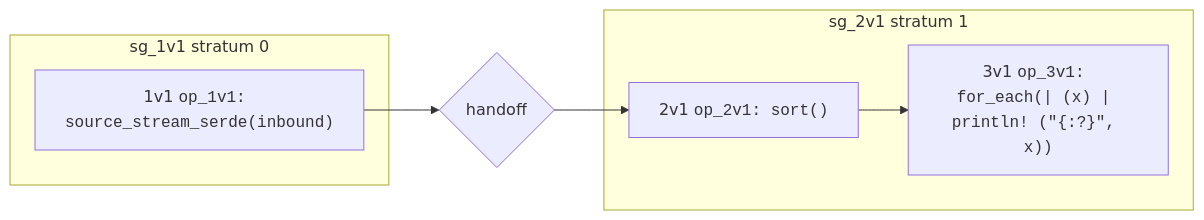
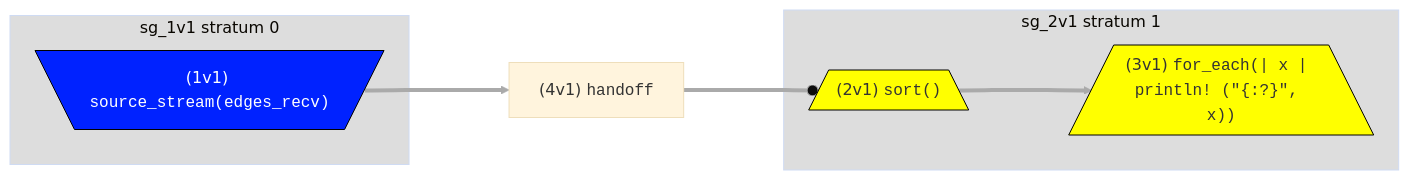
One commit to nickjiang2378/hydroflow changed the first of 3 diagrams in book/stratification.md. Above: the diagram before and after it, drawn with Mermaid. The commit also changed other lines of this file and 15 other files, not shown here.

````diff
--- a/book/stratification.md
+++ b/book/stratification.md
@@ -20,16 +18,18 @@
 ```mermaid
+%%{init: {'theme': 'base', 'themeVariables': {'clusterBkg':'#ddd'}}}%%
 flowchart LR
-    subgraph "sg_1v1 stratum 0"
-        1v1["1v1 <tt>op_1v1: source_stream_serde(inbound)</tt>"]
-    end
-    subgraph "sg_2v1 stratum 1"
-        2v1["2v1 <tt>op_2v1: sort()</tt>"]
-        3v1["3v1 <tt>op_3v1: for_each(| (x) | println! (&quot;{:?}&quot;, x))</tt>"]
-    end
-
-    4v1{"handoff"}
-
-    1v1-->4v1
-    2v1-->3v1
-    4v1-->2v1
+classDef pullClass fill:#02f,color:#fff,stroke:#000
+classDef pushClass fill:#ff0,stroke:#000
+linkStyle default stroke:#aaa,stroke-width:4px,color:red,font-size:1.5em;
+subgraph "sg_1v1 stratum 0"
+    1v1[\"(1v1) <tt>source_stream(edges_recv)</tt>"/]:::pullClass
+end
+subgraph "sg_2v1 stratum 1"
+    2v1[/"(2v1) <tt>sort()</tt>"\]:::pushClass
+    3v1[/"(3v1) <tt>for_each(| x | println! (&quot;{:?}&quot;, x))</tt>"\]:::pushClass
+    2v1--->3v1
+end
+1v1--->4v1
+4v1["(4v1) <tt>handoff</tt>"]:::otherClass
+4v1===o2v1
 ```
````
